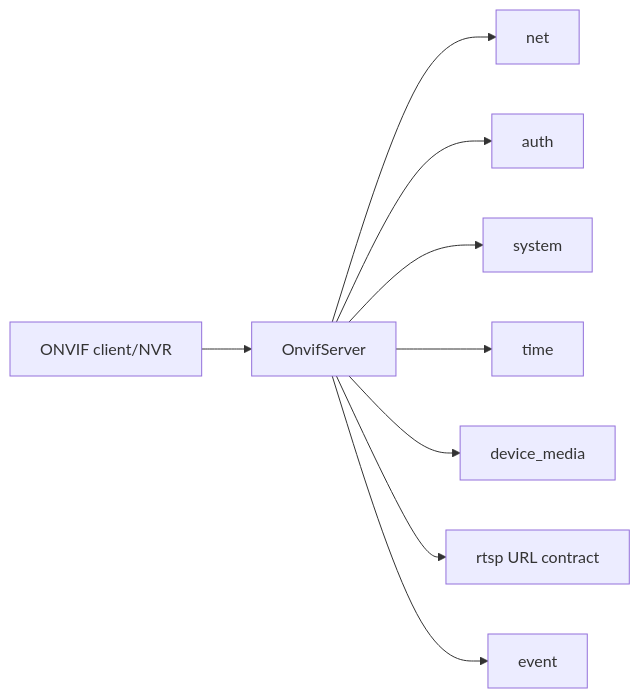
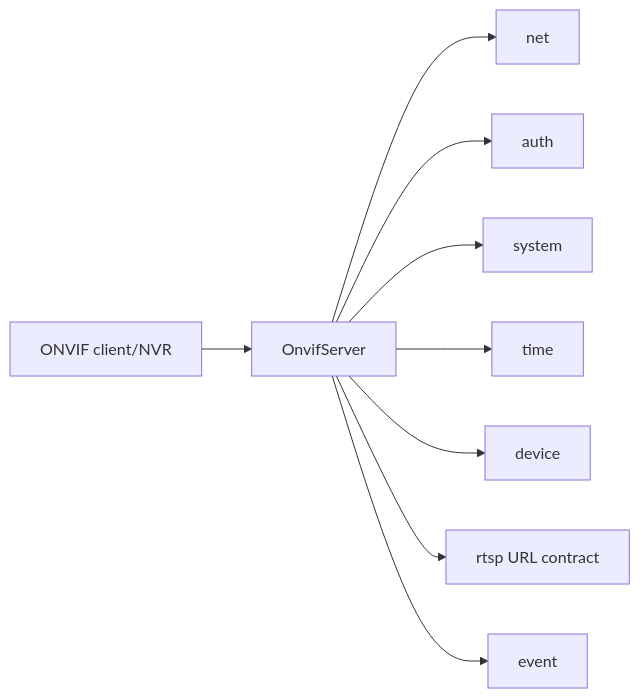
The diagram in docs/libs/onvif.md (373699756/live_stream), drawn with Mermaid before and after one commit. The commit also changed 108 other files, not shown here.

````diff
--- a/docs/libs/onvif.md
+++ b/docs/libs/onvif.md
@@ -15,11 +15,11 @@
 ```mermaid
 flowchart LR
   Client[ONVIF client/NVR] --> ONVIF[OnvifServer]
   ONVIF --> Net[net]
   ONVIF --> Auth[auth]
   ONVIF --> System[system]
   ONVIF --> Time[time]
-  ONVIF --> Media[device_media]
+  ONVIF --> Media[device]
   ONVIF --> RTSP[rtsp URL contract]
   ONVIF --> Event[event]
 ```
````
